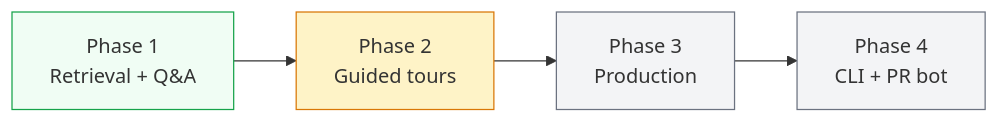
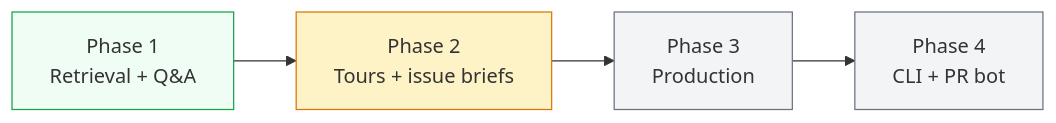
The first of 3 diagrams in README.md (jballo/camino), drawn with Mermaid before and after one commit. The commit also changed other lines of this file and 2 other files, not shown here.

Commit message:
docs: document issue briefs and glyph UI

````diff
--- a/README.md
+++ b/README.md
@@ -53,11 +57,11 @@
 ```mermaid
 flowchart LR
-  P1["Phase 1<br/>Retrieval + Q&A"] --> P2["Phase 2<br/>Guided tours"]
+  P1["Phase 1<br/>Retrieval + Q&A"] --> P2["Phase 2<br/>Tours + issue briefs"]
   P2 --> P3["Phase 3<br/>Production"]
   P3 --> P4["Phase 4<br/>CLI + PR bot"]
 
   style P1 fill:#f0fdf4,stroke:#16a34a
   style P2 fill:#fef3c7,stroke:#d97706
   style P3 fill:#f3f4f6,stroke:#6b7280
   style P4 fill:#f3f4f6,stroke:#6b7280
 ```
````
